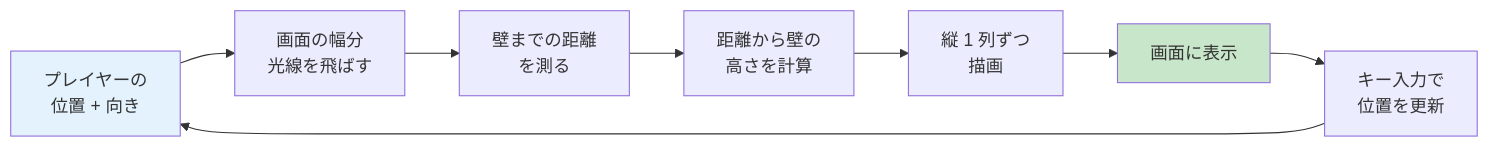
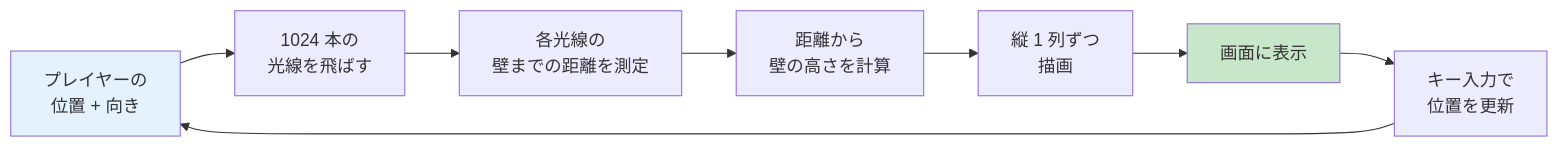
Before and after one commit to Tsunanko/cub3d-guide: the third of 6 diagrams in docs/03-raycasting.md, drawn with Mermaid. The commit also changed other lines of this file and 5 other files, not shown here.

````diff
--- a/docs/03-raycasting.md
+++ b/docs/03-raycasting.md
@@ -48,13 +77,13 @@
 ```mermaid
 flowchart LR
-    A[プレイヤーの<br>位置 + 向き] --> B[画面の幅分<br>光線を飛ばす]
-    B --> C[壁までの距離<br>を測る]
-    C --> D[距離から壁の<br>高さを計算]
+    A[プレイヤーの<br>位置 + 向き] --> B[1024 本の<br>光線を飛ばす]
+    B --> C[各光線の<br>壁までの距離を測定]
+    C --> D[距離から<br>壁の高さを計算]
     D --> E[縦 1 列ずつ<br>描画]
     E --> F[画面に表示]
     F --> G[キー入力で<br>位置を更新]
     G --> A
 
     style A fill:#E3F2FD
     style F fill:#C8E6C9
 ```
````
